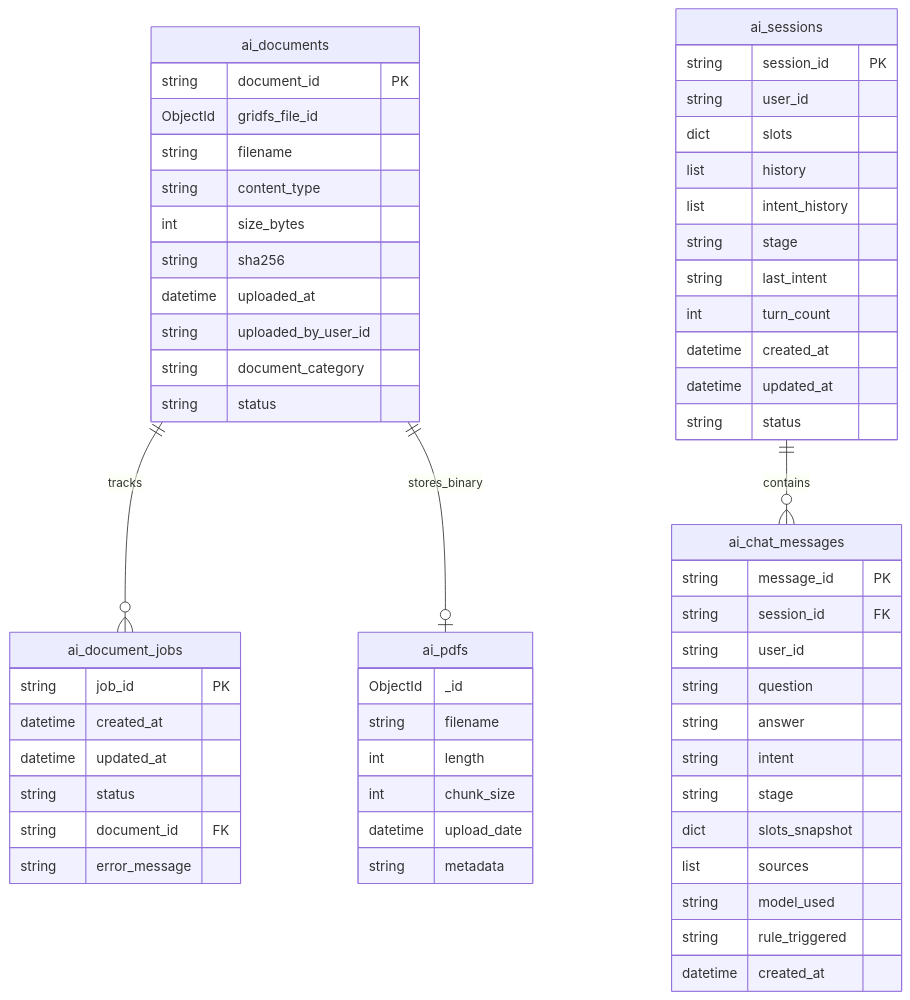
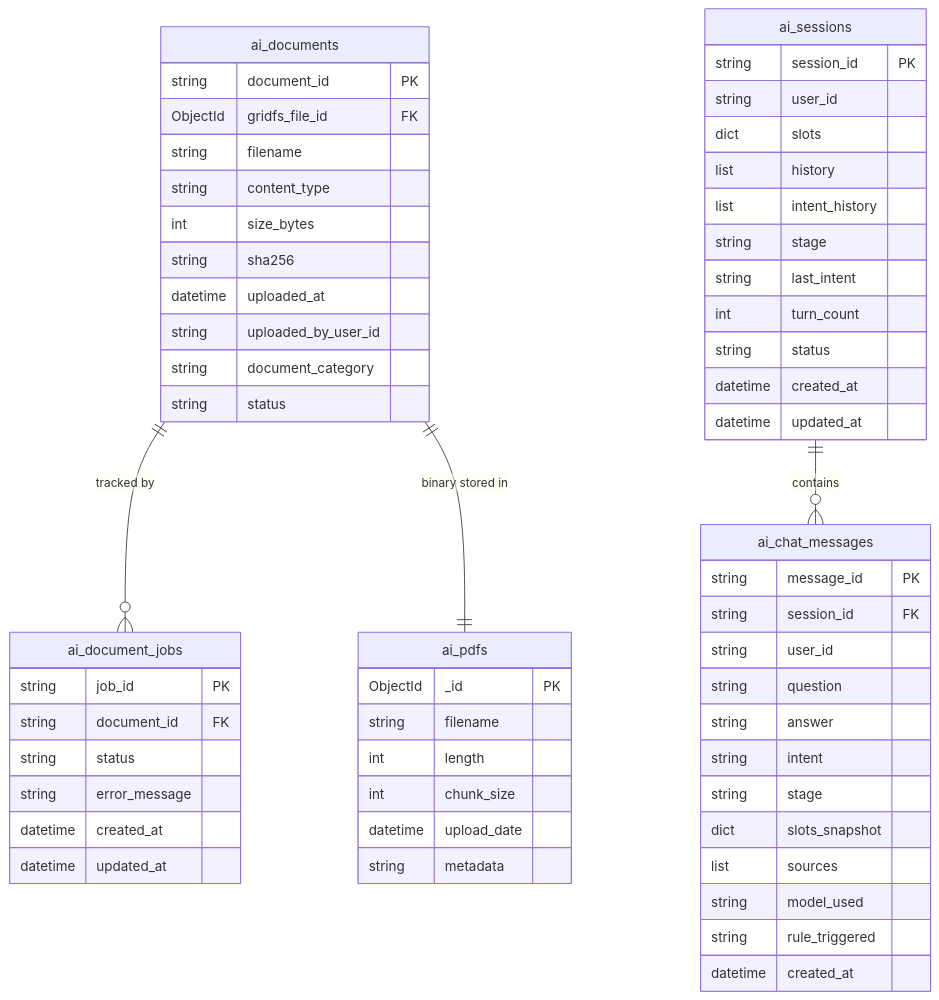
One commit to din1209-nguyen/Tayota changed the third of 3 diagrams in README.md. Above: the diagram before and after it, drawn with Mermaid. The commit also changed other lines of this file, not shown here.

````diff
--- a/README.md
+++ b/README.md
@@ -478,66 +464,66 @@
 ```mermaid
 erDiagram
     ai_documents {
         string document_id PK
-        ObjectId gridfs_file_id
+        ObjectId gridfs_file_id FK
         string filename
         string content_type
         int size_bytes
         string sha256
         datetime uploaded_at
         string uploaded_by_user_id
         string document_category
         string status
+    }
+
+    ai_pdfs {
+        ObjectId _id PK
+        string filename
+        int length
+        int chunk_size
+        datetime upload_date
+        string metadata
+    }
+
+    ai_document_jobs {
+        string job_id PK
+        string document_id FK
+        string status
+        string error_message
+        datetime created_at
+        datetime updated_at
     }
 
     ai_sessions {
         string session_id PK
         string user_id
         dict slots
         list history
         list intent_history
         string stage
         string last_intent
         int turn_count
+        string status
         datetime created_at
         datetime updated_at
-        string status
     }
 
     ai_chat_messages {
         string message_id PK
         string session_id FK
         string user_id
         string question
         string answer
         string intent
         string stage
         dict slots_snapshot
         list sources
         string model_used
         string rule_triggered
         datetime created_at
     }
 
-    ai_document_jobs {
-        string job_id PK
-        datetime created_at
-        datetime updated_at
-        string status
-        string document_id FK
-        string error_message
-    }
-
-    ai_pdfs {
-        ObjectId _id
-        string filename
-        int length
-        int chunk_size
-        datetime upload_date
-        string metadata
-    }
-
+    ai_documents ||--o{ ai_document_jobs : "tracked by"
+    ai_documents ||--|| ai_pdfs : "binary stored in"
     ai_sessions ||--o{ ai_chat_messages : "contains"
-    ai_documents ||--o{ ai_document_jobs : "tracks"
-    ai_documents ||--o| ai_pdfs : "stores_binary"
 ```
````
